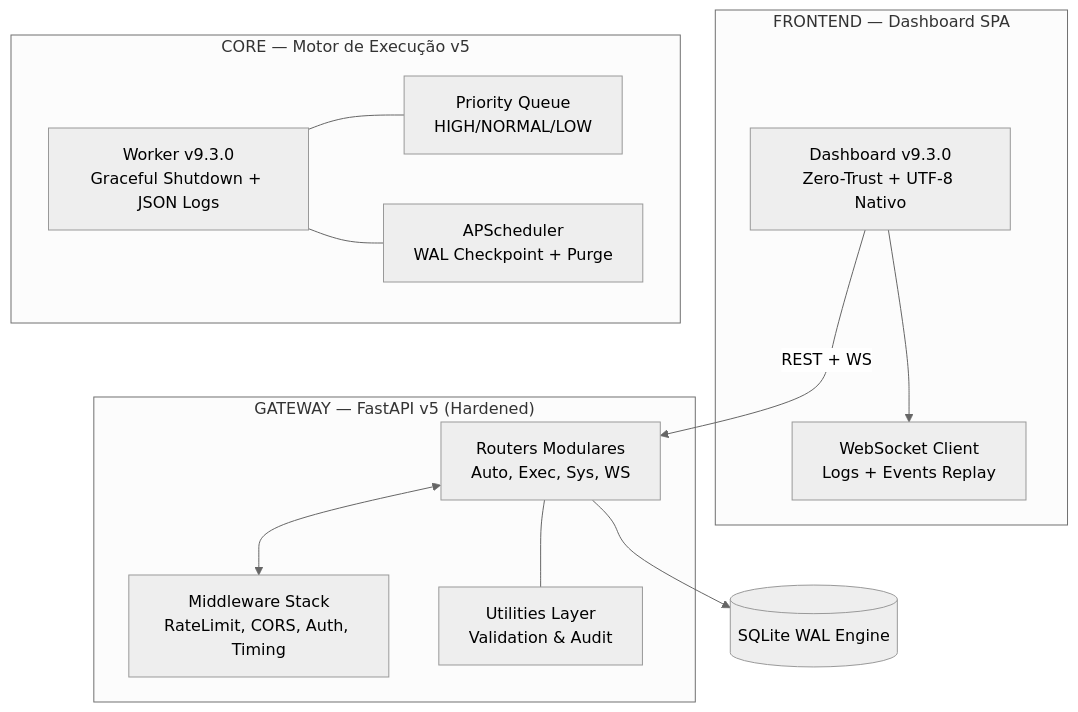
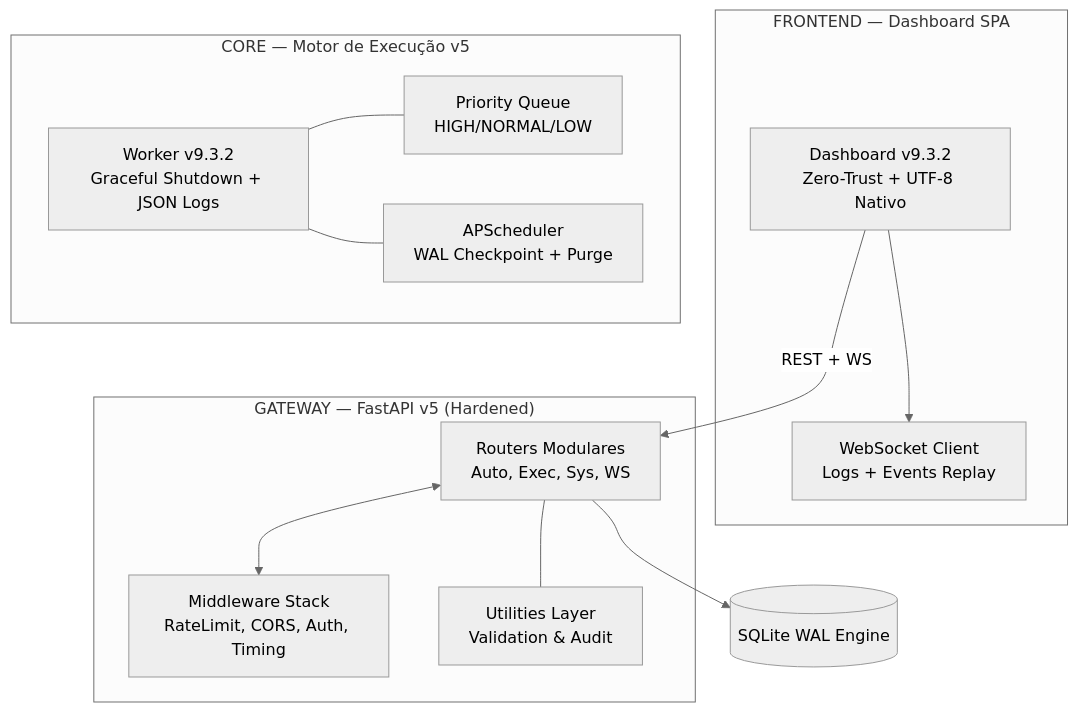
The diagram in README.md (GabrielDiasNN/Automacoes-CR), drawn with Mermaid (neutral theme) before and after one commit. The commit also changed other lines of this file and 33 other files, not shown here.

````diff
--- a/README.md
+++ b/README.md
@@ -7,27 +7,27 @@
 ```mermaid
 graph TD
     subgraph "FRONTEND — Dashboard SPA"
-        UI["Dashboard v9.3.0<br/>Zero-Trust + UTF-8 Nativo"]
+        UI["Dashboard v9.3.2<br/>Zero-Trust + UTF-8 Nativo"]
         WS_CLIENT["WebSocket Client<br/>Logs + Events Replay"]
         UI --> WS_CLIENT
     end
 
     subgraph "GATEWAY — FastAPI v5 (Hardened)"
         ROUTERS["Routers Modulares<br/>Auto, Exec, Sys, WS"]
         MIDDLEWARE["Middleware Stack<br/>RateLimit, CORS, Auth, Timing"]
         UTILS["Utilities Layer<br/>Validation & Audit"]
         ROUTERS <--> MIDDLEWARE
         ROUTERS --- UTILS
     end
 
     subgraph "CORE — Motor de Execução v5"
-        WORKER["Worker v9.3.0<br/>Graceful Shutdown + JSON Logs"]
+        WORKER["Worker v9.3.2<br/>Graceful Shutdown + JSON Logs"]
         PRIORITY["Priority Queue<br/>HIGH/NORMAL/LOW"]
         SCHEDULER["APScheduler<br/>WAL Checkpoint + Purge"]
         WORKER --- PRIORITY
         WORKER --- SCHEDULER
     end
 
     UI -->|REST + WS| ROUTERS
     ROUTERS --> DB[(SQLite WAL Engine)]
 ```
````
